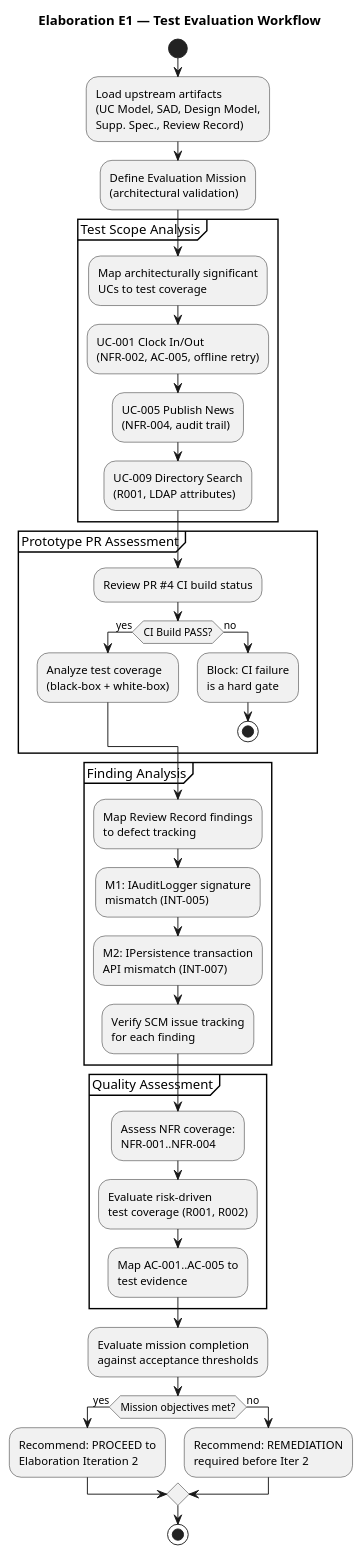
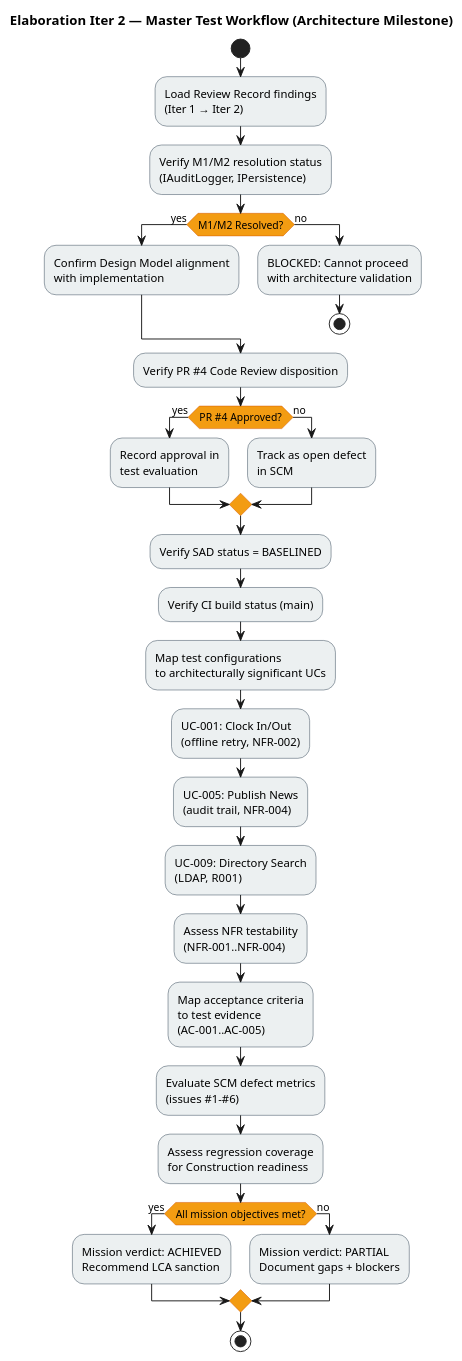
Before and after one commit to banense-test/portal-cuba-corp: the first of 3 diagrams in docs/artifacts/test/test-evaluation-summary.md, drawn with PlantUML. The commit also changed other lines of this file, not shown here.

First line of the commit message:
Test Manager [E2]: upsert Test Evaluation Summary

````diff
--- a/docs/artifacts/test/test-evaluation-summary.md
+++ b/docs/artifacts/test/test-evaluation-summary.md
@@ -49,71 +98,54 @@
 ```plantuml
 @startuml
-title Elaboration E1 — Test Evaluation Workflow
+title Elaboration Iter 2 — Master Test Workflow (Architecture Milestone)
+
+skinparam activity {
+  BackgroundColor #ECF0F1
+  BorderColor #2C3E50
+  DiamondBackgroundColor #F39C12
+  DiamondBorderColor #D35400
+}
 
 start
 
-:Load upstream artifacts
-(UC Model, SAD, Design Model,
-Supp. Spec., Review Record);
+:Load Review Record findings\n(Iter 1 → Iter 2);
+:Verify M1/M2 resolution status\n(IAuditLogger, IPersistence);
 
-:Define Evaluation Mission
-(architectural validation);
+if (M1/M2 Resolved?) then (yes)
+  :Confirm Design Model alignment\nwith implementation;
+else (no)
+  :BLOCKED: Cannot proceed\nwith architecture validation;
+  stop
+endif
 
-partition "Test Scope Analysis" {
-  :Map architecturally significant
-  UCs to test coverage;
-  :UC-001 Clock In/Out
-  (NFR-002, AC-005, offline retry);
-  :UC-005 Publish News
-  (NFR-004, audit trail);
-  :UC-009 Directory Search
-  (R001, LDAP attributes);
-}
+:Verify PR #4 Code Review disposition;
 
-partition "Prototype PR Assessment" {
-  :Review PR #4 CI build status;
-  if (CI Build PASS?) then (yes)
-    :Analyze test coverage
-    (black-box + white-box);
-  else (no)
-    :Block: CI failure
-    is a hard gate;
-    stop
-  endif
-}
+if (PR #4 Approved?) then (yes)
+  :Record approval in\ntest evaluation;
+else (no)
+  :Track as open defect\nin SCM;
+endif
 
-partition "Finding Analysis" {
-  :Map Review Record findings
-  to defect tracking;
-  :M1: IAuditLogger signature
-  mismatch (INT-005);
-  :M2: IPersistence transaction
-  API mismatch (INT-007);
-  :Verify SCM issue tracking
-  for each finding;
-}
+:Verify SAD status = BASELINED;
+:Verify CI build status (main);
 
-partition "Quality Assessment" {
-  :Assess NFR coverage:
-  NFR-001..NFR-004;
-  :Evaluate risk-driven
-  test coverage (R001, R002);
-  :Map AC-001..AC-005 to
-  test evidence;
-}
+:Map test configurations\nto architecturally significant UCs;
+:UC-001: Clock In/Out\n(offline retry, NFR-002);
+:UC-005: Publish News\n(audit trail, NFR-004);
+:UC-009: Directory Search\n(LDAP, R001);
 
-:Evaluate mission completion
-against acceptance thresholds;
+:Assess NFR testability\n(NFR-001..NFR-004);
+:Map acceptance criteria\nto test evidence\n(AC-001..AC-005);
 
-if (Mission objectives met?) then (yes)
-  :Recommend: PROCEED to
-  Elaboration Iteration 2;
+:Evaluate SCM defect metrics\n(issues #1-#6);
+:Assess regression coverage\nfor Construction readiness;
+
+if (All mission objectives met?) then (yes)
+  :Mission verdict: ACHIEVED\nRecommend LCA sanction;
 else (no)
-  :Recommend: REMEDIATION
-  required before Iter 2;
+  :Mission verdict: PARTIAL\nDocument gaps + blockers;
 endif
 
 stop
-
 @enduml
 ```
````
